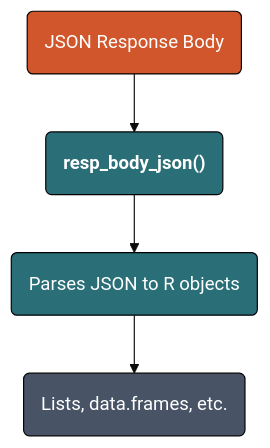
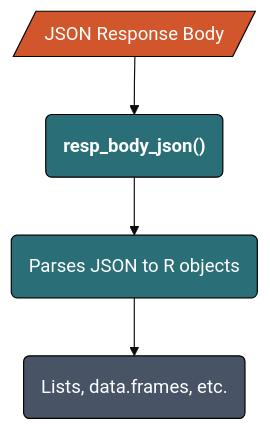
One commit to mjfrigaard/do4ds-labs changed the fifth of 6 diagrams in r-app-api.qmd. Above: the diagram before and after it, drawn with Mermaid. The commit also changed other lines of this file and 19 other files, not shown here.

````diff
--- a/r-app-api.qmd
+++ b/r-app-api.qmd
@@ -428,17 +430,17 @@
 ```{mermaid}
 %%| fig-cap: 'Parsing the JSON Response'
 %%| fig-width: 6.5
 %%| fig-align: 'center'
 %%{init: {'theme': 'base', 'themeVariables': {'fontFamily': 'monospace'}}}%%
 
 graph TD
-      A("JSON Response Body") --> B("<strong>resp_body_json()</strong>")
+      A[/"JSON Response Body"/] --> B("<strong>resp_body_json()</strong>")
       B --> C("Parses JSON to R objects")
       C --> D("Lists, data.frames, etc.")
     style A fill:#D2562B,stroke:#000000,stroke-width:1px,color:#ffffff
     style B fill:#2A6F77,stroke:#000000,stroke-width:1px,color:#ffffff
     style C fill:#2A6F77,stroke:#000000,stroke-width:1px,color:#ffffff
     style D fill:#485466,stroke:#000000,stroke-width:1px,color:#ffffff
 
 
 ```
````
